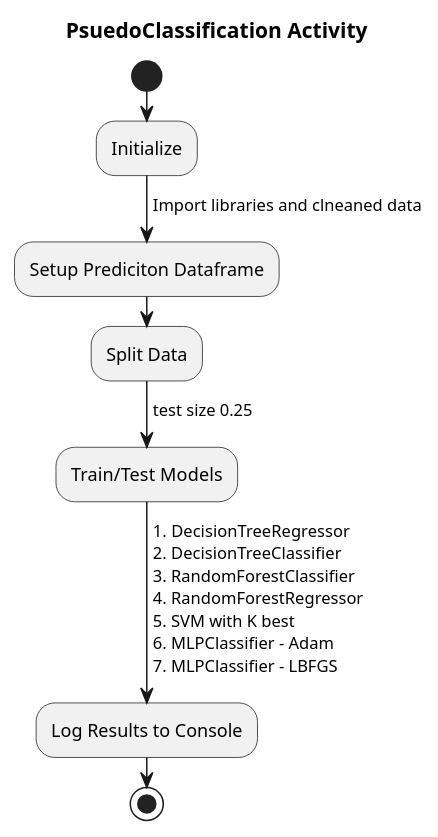
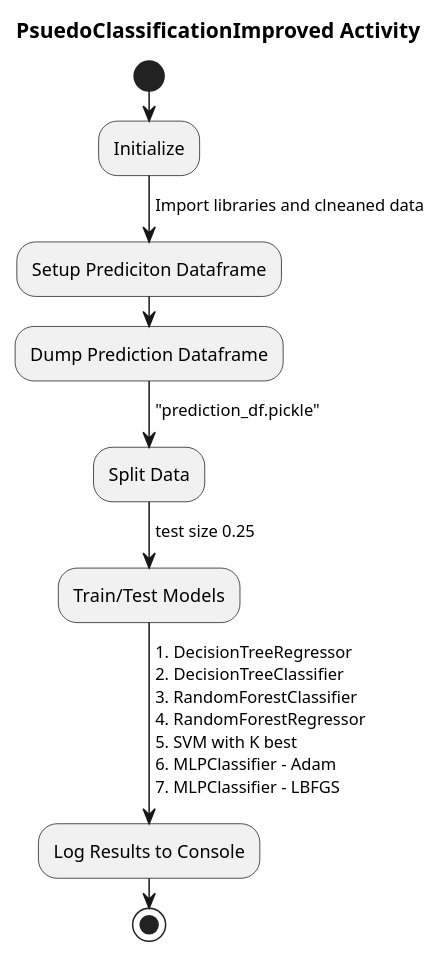
Before and after one commit to benjobean123/Thesis: the diagram in Code/diagrams/PsuedoClassificationImprovedActivity.wsd, drawn with PlantUML. The commit also changed 6 other files, not shown here.

Commit message:
updated diagram names to match the diagram code

```diff
--- a/Code/diagrams/PsuedoClassificationImprovedActivity.wsd
+++ b/Code/diagrams/PsuedoClassificationImprovedActivity.wsd
@@ -2,25 +1,29 @@
-@startuml PsuedoClassification Activity
+@startuml PsuedoClassificationImproved Activity
 
-title PsuedoClassification Activity
+title PsuedoClassificationImproved Activity
 start
 :Initialize;
 -> Import libraries and clneaned data;
 
 :Setup Prediciton Dataframe;
+->;
+
+:Dump Prediction Dataframe;
+->"prediction_df.pickle";
 
 :Split Data;
 ->test size 0.25;
 
 :Train/Test Models;
 ->1. DecisionTreeRegressor
 2. DecisionTreeClassifier
 3. RandomForestClassifier
 4. RandomForestRegressor
 5. SVM with K best
 6. MLPClassifier - Adam
 7. MLPClassifier - LBFGS;
 
 :Log Results to Console;
 
 stop
 @enduml
```
